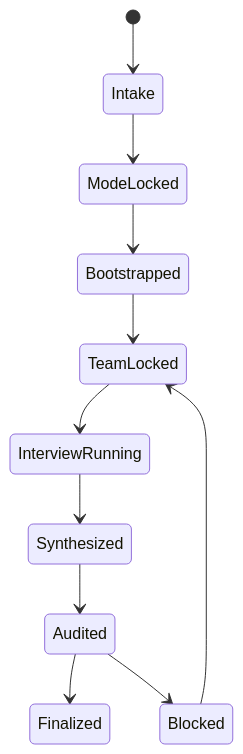
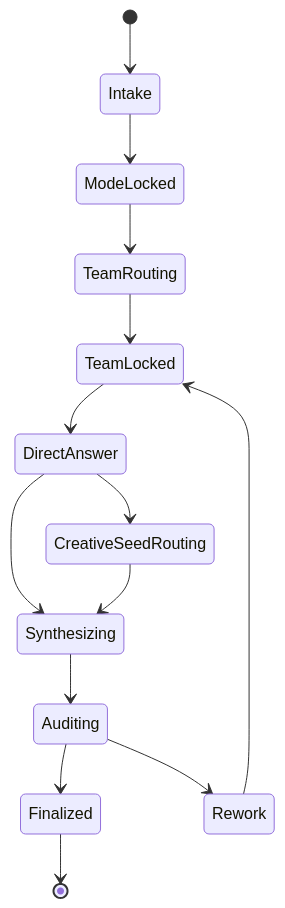
One commit to ZEN-VOID/AI-CUT changed the second of 3 diagrams in .agents/skills/story/0-Init/SKILL.md. Above: the diagram before and after it, drawn with Mermaid. The commit also changed other lines of this file and 526 other files, not shown here.

````diff
--- a/.agents/skills/story/0-Init/SKILL.md
+++ b/.agents/skills/story/0-Init/SKILL.md
@@ -128,13 +112,16 @@
 ```mermaid
 stateDiagram-v2
     [*] --> Intake
     Intake --> ModeLocked
-    ModeLocked --> Bootstrapped
-    Bootstrapped --> TeamLocked
-    TeamLocked --> InterviewRunning
-    InterviewRunning --> Synthesized
-    Synthesized --> Audited
-    Audited --> Finalized
-    Audited --> Blocked
-    Blocked --> TeamLocked
+    ModeLocked --> TeamRouting
+    TeamRouting --> TeamLocked
+    TeamLocked --> DirectAnswer
+    DirectAnswer --> CreativeSeedRouting
+    DirectAnswer --> Synthesizing
+    CreativeSeedRouting --> Synthesizing
+    Synthesizing --> Auditing
+    Auditing --> Finalized
+    Auditing --> Rework
+    Rework --> TeamLocked
+    Finalized --> [*]
 ```
````
